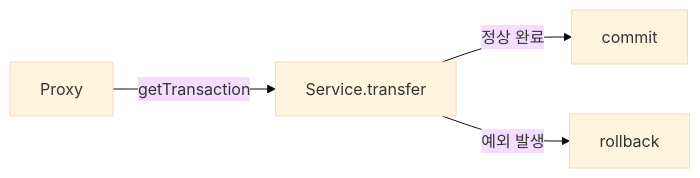
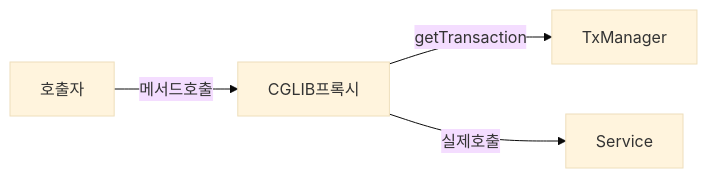
One commit to yjkim2015/yjkim2015.github.io changed the sixth of 8 diagrams in _posts/spring/2026-05-02-spring-db-1.md. Above: the diagram before and after it, drawn with Mermaid (base theme). The commit also changed other lines of this file and 4 other files, not shown here.

````diff
--- a/_posts/spring/2026-05-02-spring-db-1.md
+++ b/_posts/spring/2026-05-02-spring-db-1.md
@@ -344,6 +785,6 @@
 ```mermaid
 graph LR
-    PROXY["Proxy"] -->|"getTransaction"| SVC["Service.transfer"]
-    SVC -->|"정상 완료"| COMMIT["commit"]
-    SVC -->|"예외 발생"| ROLLBACK["rollback"]
+    CALLER["호출자"] -->|"메서드호출"| PROXY["CGLIB프록시"]
+    PROXY -->|"getTransaction"| TXM["TxManager"]
+    PROXY -->|"실제호출"| SVC["Service"]
 ```
````
